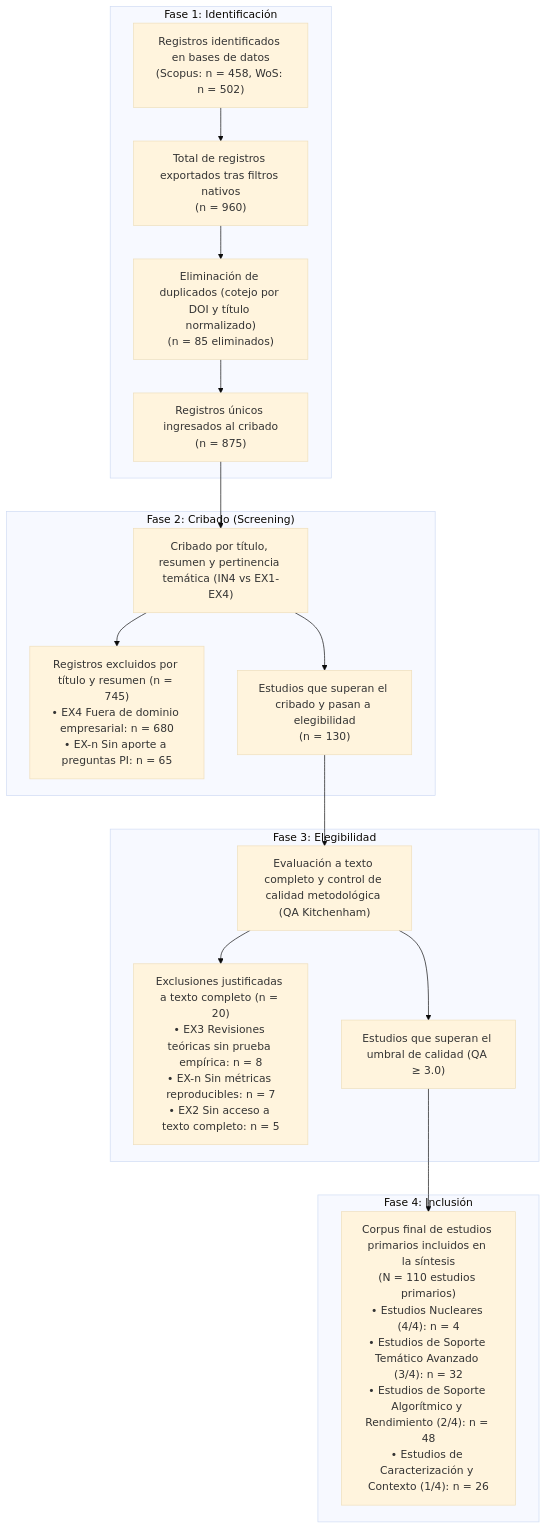
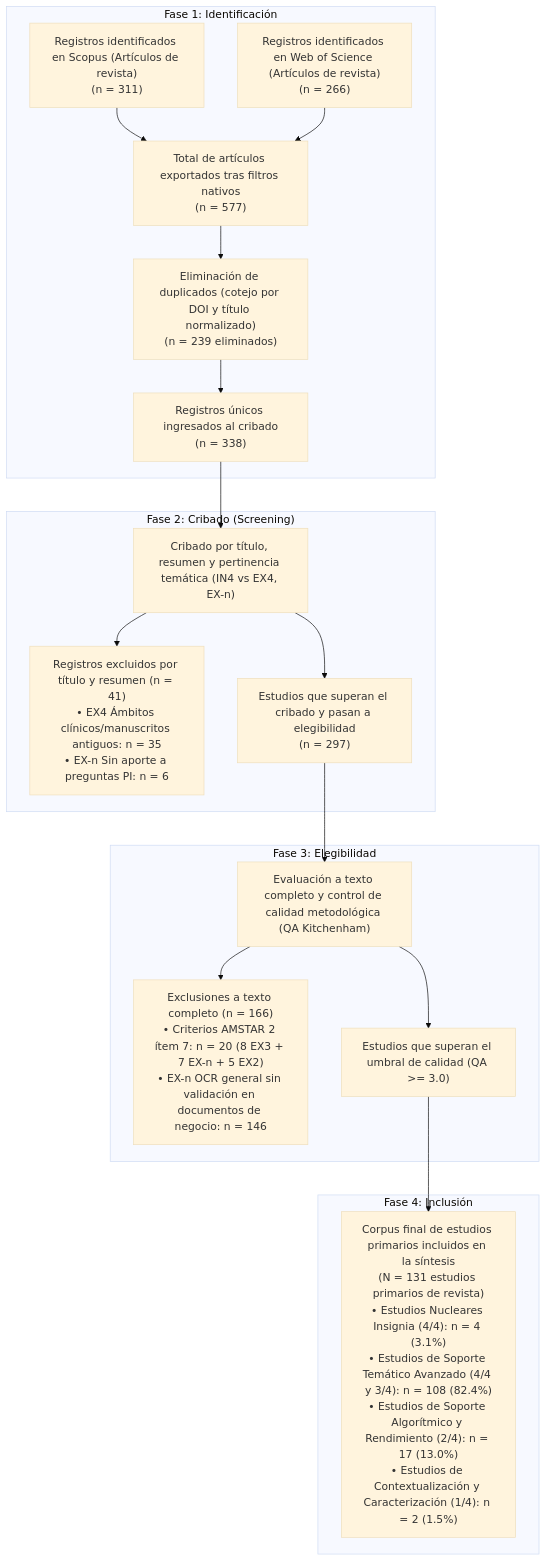
Before and after one commit to Andrer50/Formacion_Investigacion_42922: the diagram in project/metodologia/main.md, drawn with Mermaid (base theme). The commit also changed other lines of this file and 58 other files, not shown here.

````diff
--- a/project/metodologia/main.md
+++ b/project/metodologia/main.md
@@ -196,24 +200,25 @@
 ```mermaid
 flowchart TD
     subgraph F1["Fase 1: Identificación"]
-        A1["Registros identificados en bases de datos<br>(Scopus: n = 458, WoS: n = 502)"] --> A2["Total de registros exportados tras filtros nativos<br>(n = 960)"]
-        A2 --> A3["Eliminación de duplicados (cotejo por DOI y título normalizado)<br>(n = 85 eliminados)"]
-        A3 --> A4["Registros únicos ingresados al cribado<br>(n = 875)"]
+        A1["Registros identificados en Scopus (Artículos de revista)<br>(n = 311)"] --> A2["Total de artículos exportados tras filtros nativos<br>(n = 577)"]
+        A3["Registros identificados en Web of Science (Artículos de revista)<br>(n = 266)"] --> A2
+        A2 --> A4["Eliminación de duplicados (cotejo por DOI y título normalizado)<br>(n = 239 eliminados)"]
+        A4 --> A5["Registros únicos ingresados al cribado<br>(n = 338)"]
     end
 
     subgraph F2["Fase 2: Cribado (Screening)"]
-        A4 --> B1["Cribado por título, resumen y pertinencia temática (IN4 vs EX1-EX4)"]
-        B1 --> B2["Registros excluidos por título y resumen (n = 745)<br>• EX4 Fuera de dominio empresarial: n = 680<br>• EX-n Sin aporte a preguntas PI: n = 65"]
-        B1 --> B3["Estudios que superan el cribado y pasan a elegibilidad<br>(n = 130)"]
+        A5 --> B1["Cribado por título, resumen y pertinencia temática (IN4 vs EX4, EX-n)"]
+        B1 --> B2["Registros excluidos por título y resumen (n = 41)<br>• EX4 Ámbitos clínicos/manuscritos antiguos: n = 35<br>• EX-n Sin aporte a preguntas PI: n = 6"]
+        B1 --> B3["Estudios que superan el cribado y pasan a elegibilidad<br>(n = 297)"]
     end
 
     subgraph F3["Fase 3: Elegibilidad"]
         B3 --> C1["Evaluación a texto completo y control de calidad metodológica (QA Kitchenham)"]
-        C1 --> C2["Exclusiones justificadas a texto completo (n = 20)<br>• EX3 Revisiones teóricas sin prueba empírica: n = 8<br>• EX-n Sin métricas reproducibles: n = 7<br>• EX2 Sin acceso a texto completo: n = 5"]
-        C1 --> C3["Estudios que superan el umbral de calidad (QA ≥ 3.0)"]
+        C1 --> C2["Exclusiones a texto completo (n = 166)<br>• Criterios AMSTAR 2 ítem 7: n = 20 (8 EX3 + 7 EX-n + 5 EX2)<br>• EX-n OCR general sin validación en documentos de negocio: n = 146"]
+        C1 --> C3["Estudios que superan el umbral de calidad (QA >= 3.0)"]
     end
 
     subgraph F4["Fase 4: Inclusión"]
-        C3 --> D1["Corpus final de estudios primarios incluidos en la síntesis<br>(N = 110 estudios primarios)<br>• Estudios Nucleares (4/4): n = 4<br>• Estudios de Soporte Temático Avanzado (3/4): n = 32<br>• Estudios de Soporte Algorítmico y Rendimiento (2/4): n = 48<br>• Estudios de Caracterización y Contexto (1/4): n = 26"]
+        C3 --> D1["Corpus final de estudios primarios incluidos en la síntesis<br>(N = 131 estudios primarios de revista)<br>• Estudios Nucleares Insignia (4/4): n = 4 (3.1%)<br>• Estudios de Soporte Temático Avanzado (4/4 y 3/4): n = 108 (82.4%)<br>• Estudios de Soporte Algorítmico y Rendimiento (2/4): n = 17 (13.0%)<br>• Estudios de Contextualización y Caracterización (1/4): n = 2 (1.5%)"]
     end
 ```
````
